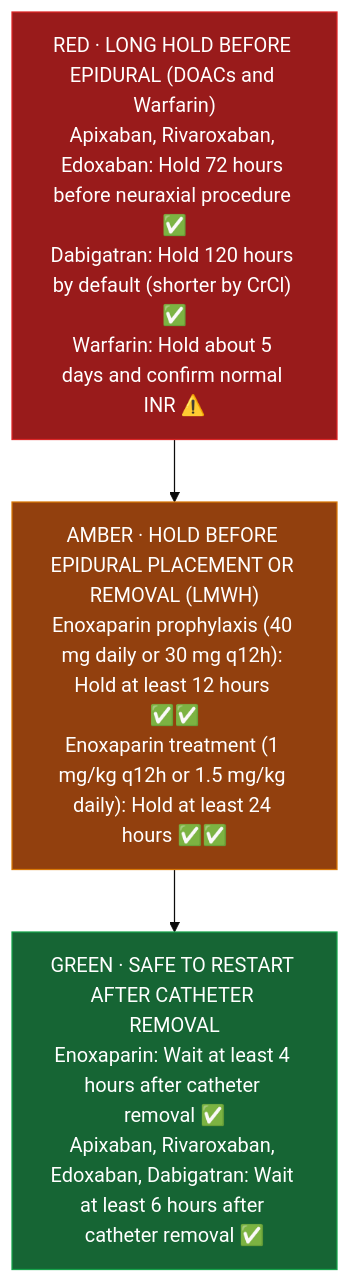
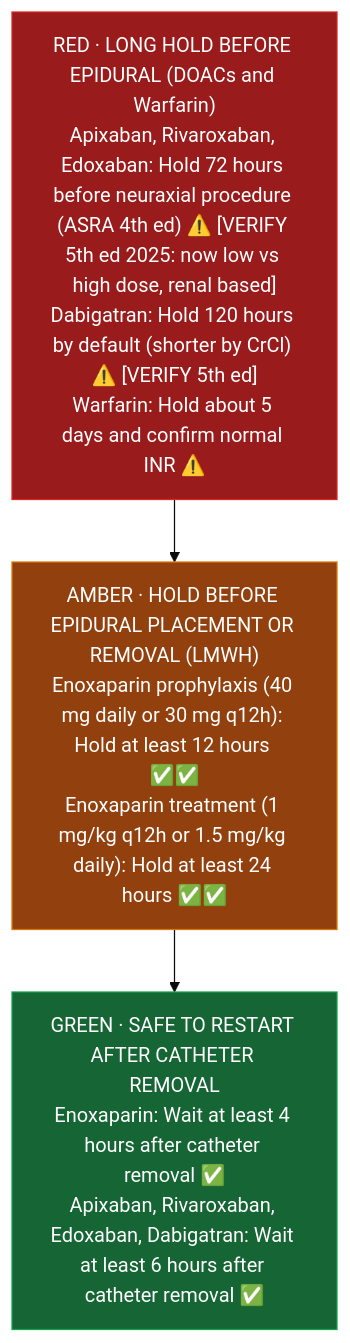
The diagram in src/wiki/clinical/Anticoagulation_Core.md (Shan12377/stmarys-residency-site), drawn with Mermaid (base theme) before and after one commit. The commit also changed 79 other files, not shown here.

````diff
--- a/src/wiki/clinical/Anticoagulation_Core.md
+++ b/src/wiki/clinical/Anticoagulation_Core.md
@@ -59,12 +59,12 @@
 ```mermaid
 flowchart TD
     Green["GREEN · SAFE TO RESTART AFTER CATHETER REMOVAL<br/>Enoxaparin: Wait at least 4 hours after catheter removal ✅<br/>Apixaban, Rivaroxaban, Edoxaban, Dabigatran: Wait at least 6 hours after catheter removal ✅"]
     Amber["AMBER · HOLD BEFORE EPIDURAL PLACEMENT OR REMOVAL (LMWH)<br/>Enoxaparin prophylaxis (40 mg daily or 30 mg q12h): Hold at least 12 hours ✅✅<br/>Enoxaparin treatment (1 mg/kg q12h or 1.5 mg/kg daily): Hold at least 24 hours ✅✅"]
-    Red["RED · LONG HOLD BEFORE EPIDURAL (DOACs and Warfarin)<br/>Apixaban, Rivaroxaban, Edoxaban: Hold 72 hours before neuraxial procedure ✅<br/>Dabigatran: Hold 120 hours by default (shorter by CrCl) ✅<br/>Warfarin: Hold about 5 days and confirm normal INR ⚠️"]
+    Red["RED · LONG HOLD BEFORE EPIDURAL (DOACs and Warfarin)<br/>Apixaban, Rivaroxaban, Edoxaban: Hold 72 hours before neuraxial procedure (ASRA 4th ed) ⚠️ [VERIFY 5th ed 2025: now low vs high dose, renal based]<br/>Dabigatran: Hold 120 hours by default (shorter by CrCl) ⚠️ [VERIFY 5th ed]<br/>Warfarin: Hold about 5 days and confirm normal INR ⚠️"]
 
     Red --> Amber --> Green
 
     style Green fill:#166534,stroke:#16a34a,color:#ffffff
     style Amber fill:#92400e,stroke:#d97706,color:#ffffff
     style Red fill:#991b1b,stroke:#dc2626,color:#ffffff
 ```
````
